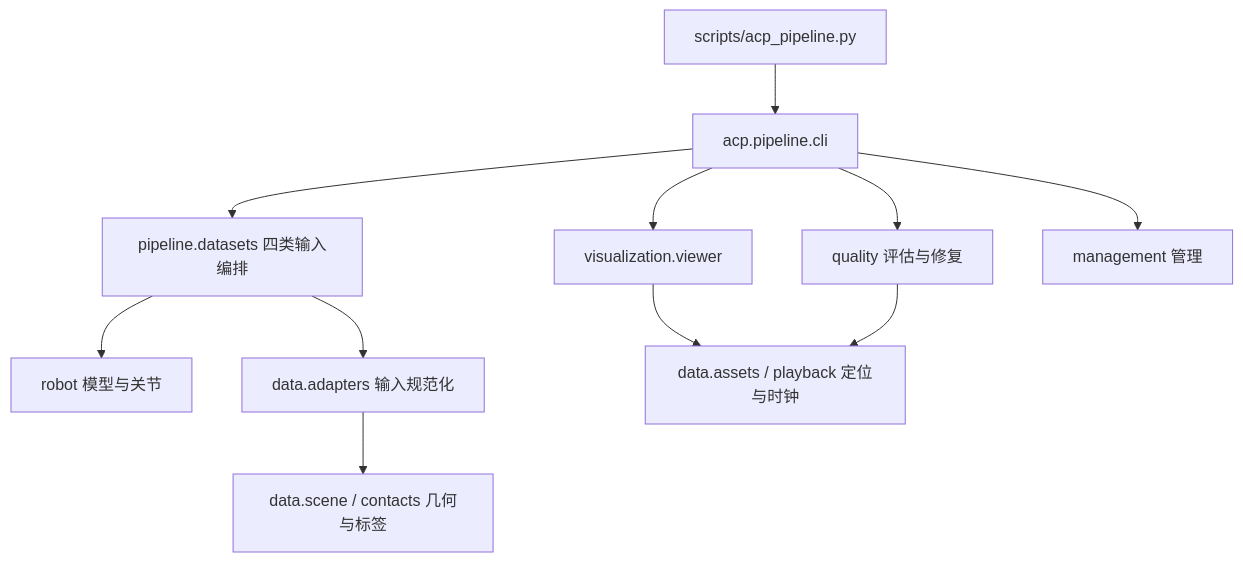
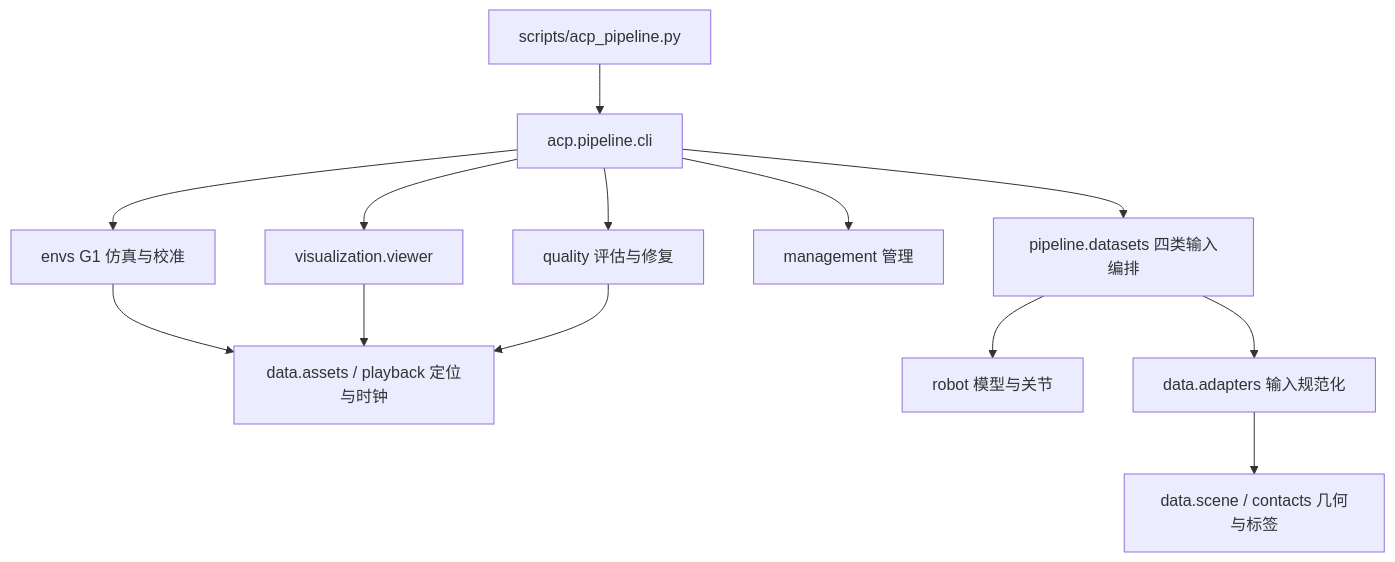
Before and after one commit to luoyx123/ACP_repro: the diagram in docs/03_方法与规范/仓库文件与架构查询.md, drawn with Mermaid. The commit also changed other lines of this file and 18 other files, not shown here.

````diff
--- a/docs/03_方法与规范/仓库文件与架构查询.md
+++ b/docs/03_方法与规范/仓库文件与架构查询.md
@@ -27,13 +28,15 @@
 ```mermaid
 flowchart TD
     CLI[scripts/acp_pipeline.py] --> P[acp.pipeline.cli]
     P --> D[pipeline.datasets 四类输入编排]
     P --> V[visualization.viewer]
     P --> Q[quality 评估与修复]
     P --> M[management 管理]
+    P --> E[envs G1 仿真与校准]
+    E --> S
     D --> R[robot 模型与关节]
     D --> A[data.adapters 输入规范化]
     A --> C[data.scene / contacts 几何与标签]
     V --> S[data.assets / playback 定位与时钟]
     Q --> S
 ```
````
